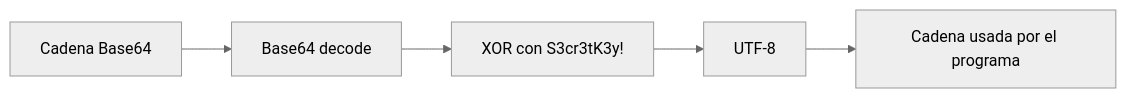
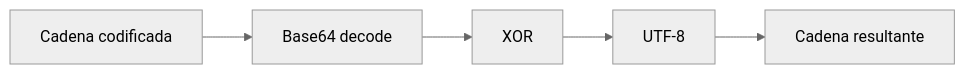
One commit to HolyOnyxs/ProxyBotnet changed the second of 10 diagrams in README.md. Above: the diagram before and after it, drawn with Mermaid (neutral theme). The commit also changed other lines of this file, not shown here.

````diff
--- a/README.md
+++ b/README.md
@@ -83,7 +56,7 @@
 ```mermaid
 flowchart LR
-    A[Cadena Base64] --> B[Base64 decode]
-    B --> C[XOR con S3cr3tK3y!]
-    C --> D[UTF-8]
-    D --> E[Cadena usada por el programa]
+    A["Cadena codificada"] --> B["Base64 decode"]
+    B --> C["XOR"]
+    C --> D["UTF-8"]
+    D --> E["Cadena resultante"]
 ```
````
